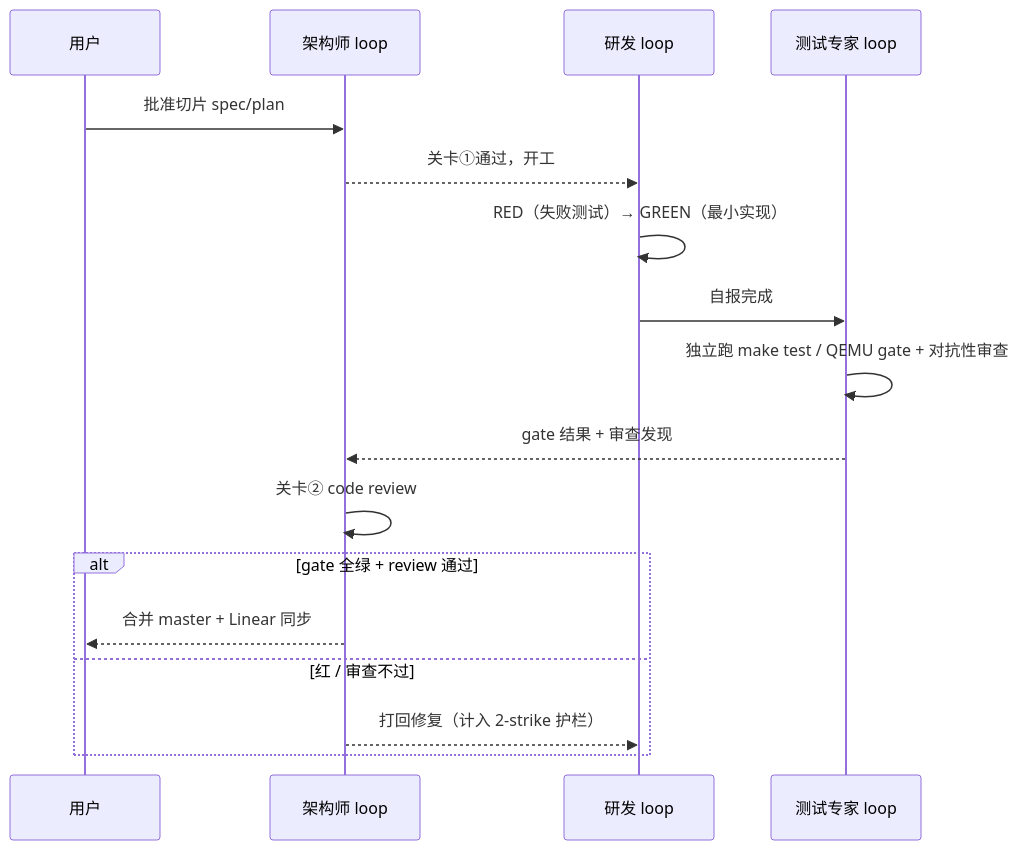
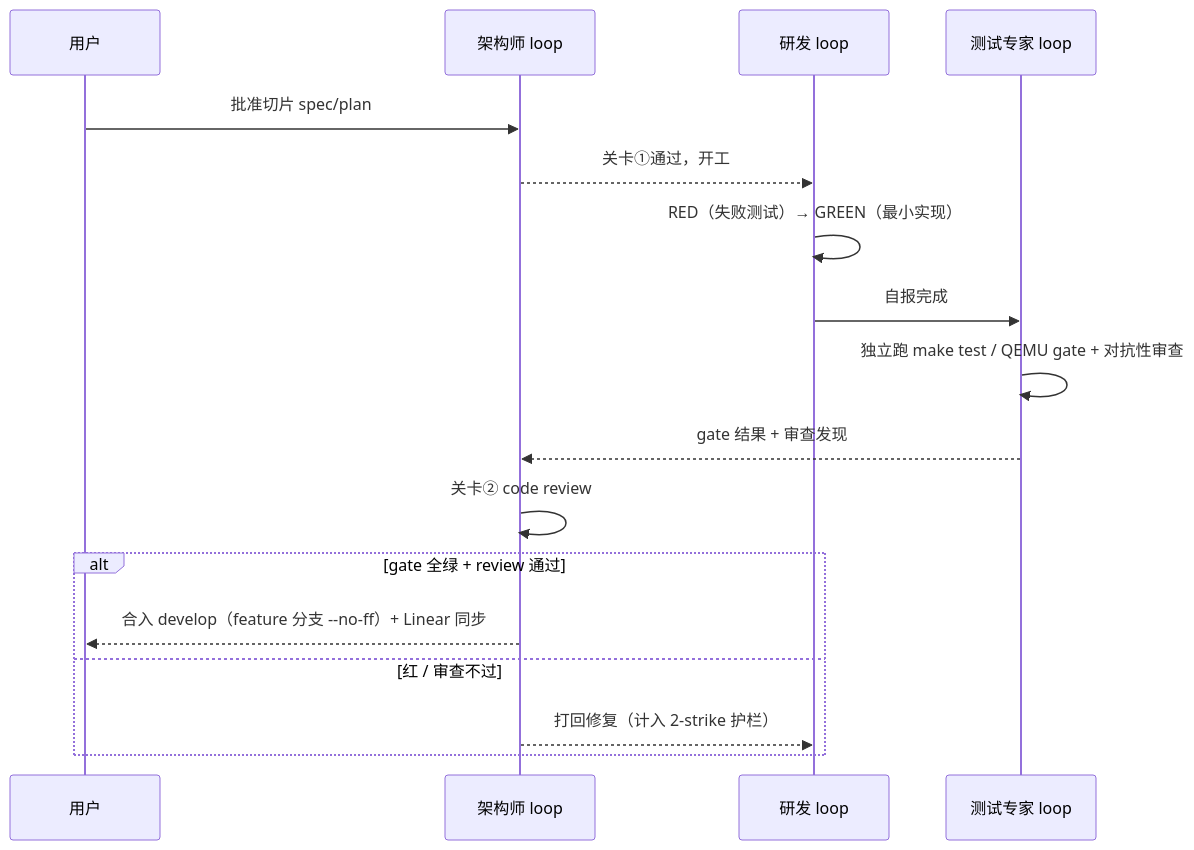
One commit to James7zy/hypervisor changed the diagram in docs/superpowers/specs/2026-10-30-nasa-glm-loop-design.md. Above: the diagram before and after it, drawn with Mermaid. The commit also changed other lines of this file, not shown here.

First line of the commit message:
[docs][docs] workflow: Use develop and per-slice feature branches

````diff
--- a/docs/superpowers/specs/2026-10-30-nasa-glm-loop-design.md
+++ b/docs/superpowers/specs/2026-10-30-nasa-glm-loop-design.md
@@ -53,19 +54,19 @@
 ```mermaid
 sequenceDiagram
     participant U as 用户
     participant A as 架构师 loop
     participant D as 研发 loop
     participant T as 测试专家 loop
     U->>A: 批准切片 spec/plan
     A-->>D: 关卡①通过，开工
     D->>D: RED（失败测试）→ GREEN（最小实现）
     D->>T: 自报完成
     T->>T: 独立跑 make test / QEMU gate + 对抗性审查
     T-->>A: gate 结果 + 审查发现
     A->>A: 关卡② code review
     alt gate 全绿 + review 通过
-        A-->>U: 合并 master + Linear 同步
+        A-->>U: 合入 develop（feature 分支 --no-ff）+ Linear 同步
     else 红 / 审查不过
         A-->>D: 打回修复（计入 2-strike 护栏）
     end
 ```
````
